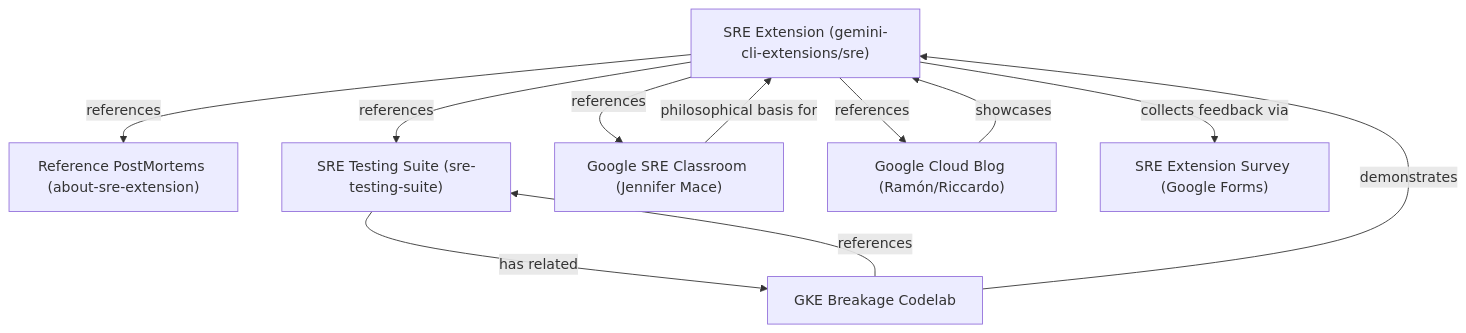
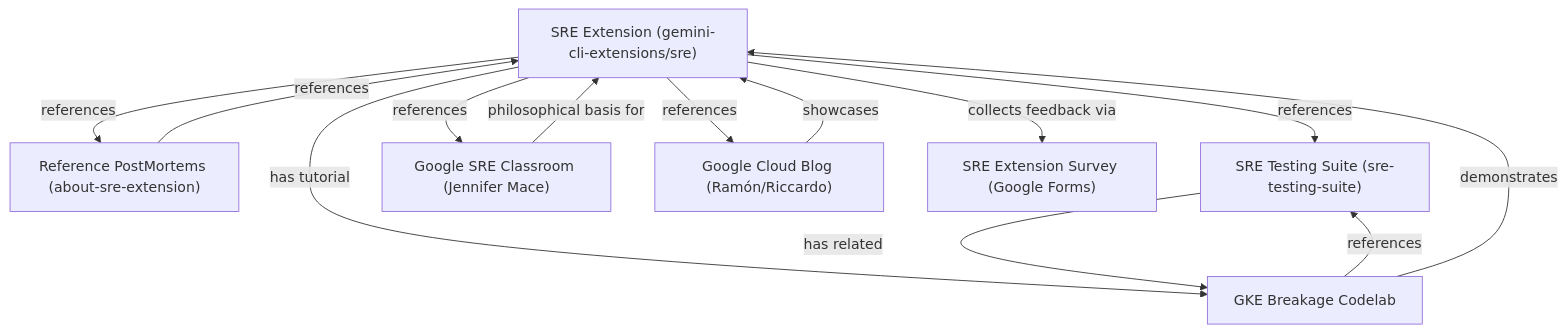
One commit to gemini-cli-extensions/sre changed the diagram in docs/public-resources-map.md. Above: the diagram before and after it, drawn with Mermaid. The commit also changed other lines of this file and 1 other file, not shown here.

Commit message:
docs: restructure SRE resources map to center on SRE extension (star topology) and link postmortems back

````diff
--- a/docs/public-resources-map.md
+++ b/docs/public-resources-map.md
@@ -7,23 +7,27 @@
 ```mermaid
 graph TD
     sre_ext["SRE Extension (gemini-cli-extensions/sre)"]
     ref_pm["Reference PostMortems (about-sre-extension)"]
     test_suite["SRE Testing Suite (sre-testing-suite)"]
     codelab["GKE Breakage Codelab"]
     classroom["Google SRE Classroom (Jennifer Mace)"]
     blog["Google Cloud Blog (Ramón/Riccardo)"]
     survey["SRE Extension Survey (Google Forms)"]
 
+    %% Star Connections (Extension to all)
     sre_ext -->|references| ref_pm
     sre_ext -->|references| test_suite
-    sre_ext -->|collects feedback via| survey
+    sre_ext -->|has tutorial| codelab
     sre_ext -->|references| classroom
     sre_ext -->|references| blog
+    sre_ext -->|collects feedback via| survey
 
+    %% Other connections
+    ref_pm -->|references| sre_ext
     test_suite -->|has related| codelab
     codelab -->|references| test_suite
     codelab -->|demonstrates| sre_ext
 
     classroom -->|philosophical basis for| sre_ext
     blog -->|showcases| sre_ext
 ```
````
